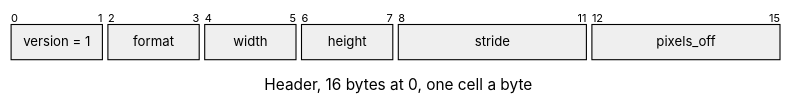
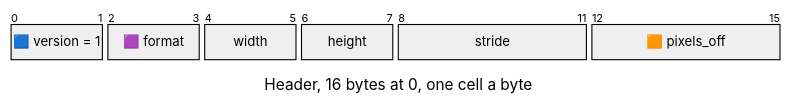
Before and after one commit to jose-villegas/autana: the first of 3 diagrams in docs/assets/formats/IMAG.md, drawn with Mermaid. The commit also changed other lines of this file and 14 other files, not shown here.

````diff
--- a/docs/assets/formats/IMAG.md
+++ b/docs/assets/formats/IMAG.md
@@ -5,16 +5,16 @@
 ```mermaid
 ---
 config:
   packet:
     bitsPerRow: 16
     bitWidth: 44
 ---
 packet-beta
 title Header, 16 bytes at 0, one cell a byte
-0-1: "version = 1"
-2-3: "format"
+0-1: "🟦 version = 1"
+2-3: "🟪 format"
 4-5: "width"
 6-7: "height"
 8-11: "stride"
-12-15: "pixels_off"
+12-15: "🟧 pixels_off"
 ```
````
